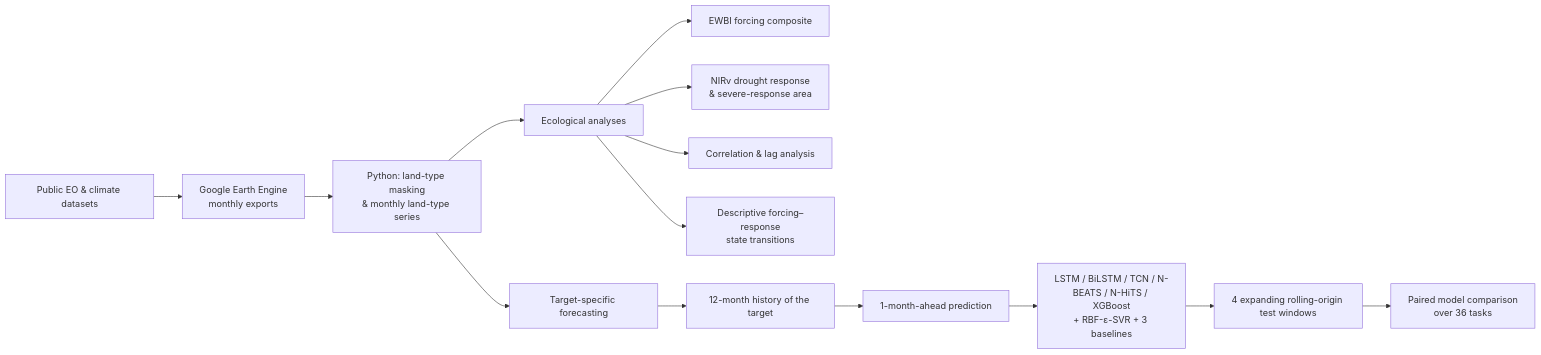
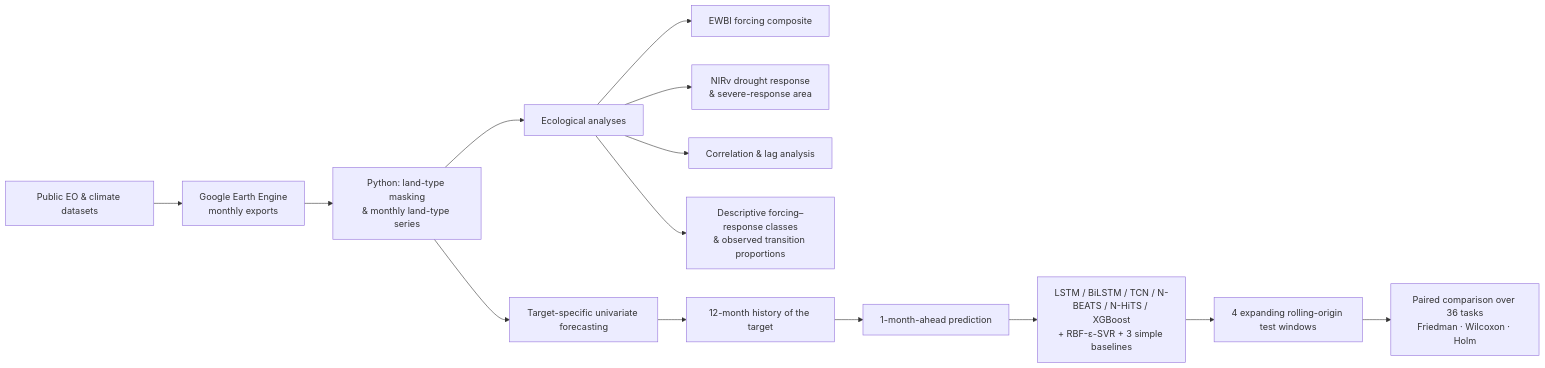
Before and after one commit to Aria2133/Linking-Drought-with-Vegetation-Response: the diagram in README.md, drawn with Mermaid. The commit also changed other lines of this file and 121 other files, not shown here.

````diff
--- a/README.md
+++ b/README.md
@@ -8,18 +8,18 @@
 ```mermaid
 flowchart LR
     A[Public EO & climate datasets] --> B[Google Earth Engine<br/>monthly exports]
     B --> C[Python: land-type masking<br/>& monthly land-type series]
 
     C --> D[Ecological analyses]
     D --> D1[EWBI forcing composite]
     D --> D2[NIRv drought response<br/>& severe-response area]
     D --> D3[Correlation & lag analysis]
-    D --> D4[Descriptive forcing–response<br/>state transitions]
+    D --> D4[Descriptive forcing–response classes<br/>& observed transition proportions]
 
-    C --> E[Target-specific forecasting]
+    C --> E[Target-specific univariate forecasting]
     E --> E1[12-month history of the target]
     E1 --> E2[1-month-ahead prediction]
-    E2 --> E3[LSTM / BiLSTM / TCN / N-BEATS / N-HiTS / XGBoost<br/>+ RBF-ε-SVR + 3 baselines]
+    E2 --> E3[LSTM / BiLSTM / TCN / N-BEATS / N-HiTS / XGBoost<br/>+ RBF-ε-SVR + 3 simple baselines]
     E3 --> F[4 expanding rolling-origin test windows]
-    F --> G[Paired model comparison<br/>over 36 tasks]
+    F --> G[Paired comparison over 36 tasks<br/>Friedman · Wilcoxon · Holm]
 ```
````
